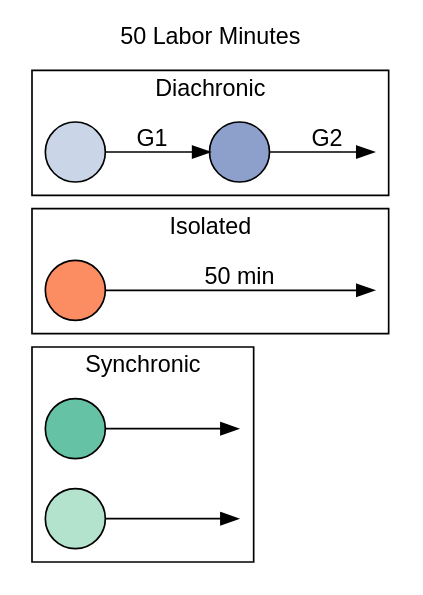
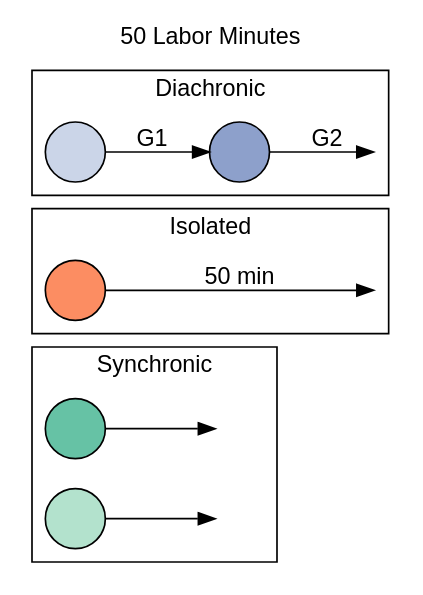
The diagram in inst/extdata/team-structures-exp1.gv (pedmiston/totems-data), drawn with Graphviz before and after one commit.

Commit message:
Modify width of synchronic edges in gv

```diff
--- a/inst/extdata/team-structures-exp1.gv
+++ b/inst/extdata/team-structures-exp1.gv
@@ -1,45 +1,46 @@
 digraph {
   rankdir=LR;
   label="50 Labor Minutes";
   labelloc=t;
   fontname=helvetica;
   // bgcolor=transparent;
 
   node[fontname=Helvetica; label=""; style=filled];
   edge[fontname=Helvetica];
 
   // Set cluster order (top to bottom) by initializing
   // nodes in each cluster starting from bottom to top
   s1, solo, d1;
 
   // Shapes are projects
   d1, d2, solo, s1, s2[shape=circle];
 
   // Colors are people
   s1[fillcolor="#66C2A5"];
   s2[fillcolor="#b3e2cd"];
   d1[fillcolor="#cbd5e8"];
   d2[fillcolor="#8DA0CB"];
   solo[fillcolor="#FC8D62"]
 
   // Invisible last nodes
-  dinv1, soloinv1, sinv1, sinv2[style=invis, width=0];
+  dinv1, soloinv1[style=invis, width=0];
+  sinv1, sinv2[style=invis, width=0.4];
 
   subgraph cluster1 {
     label="Diachronic";
     d1 -> d2[label="G1"]
     d2 -> dinv1[label="G2"];
   }
 
   subgraph cluster2 {
     label="Isolated";
     solo -> soloinv1[minlen=2 label="50 min"];
   }
 
   subgraph cluster3 {
     label="Synchronic";
     s1 -> sinv1;
     s2 -> sinv2;
   }
 
 }
```
